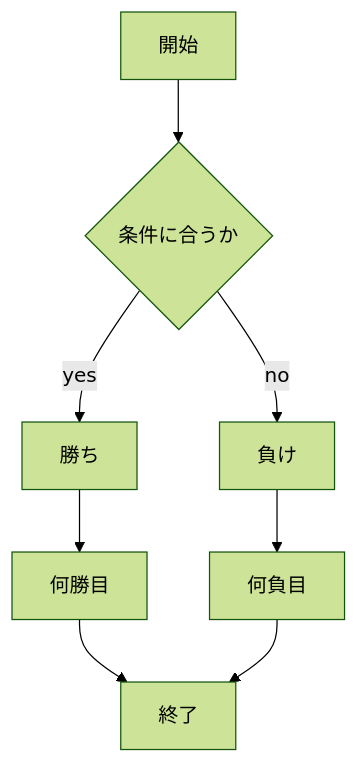
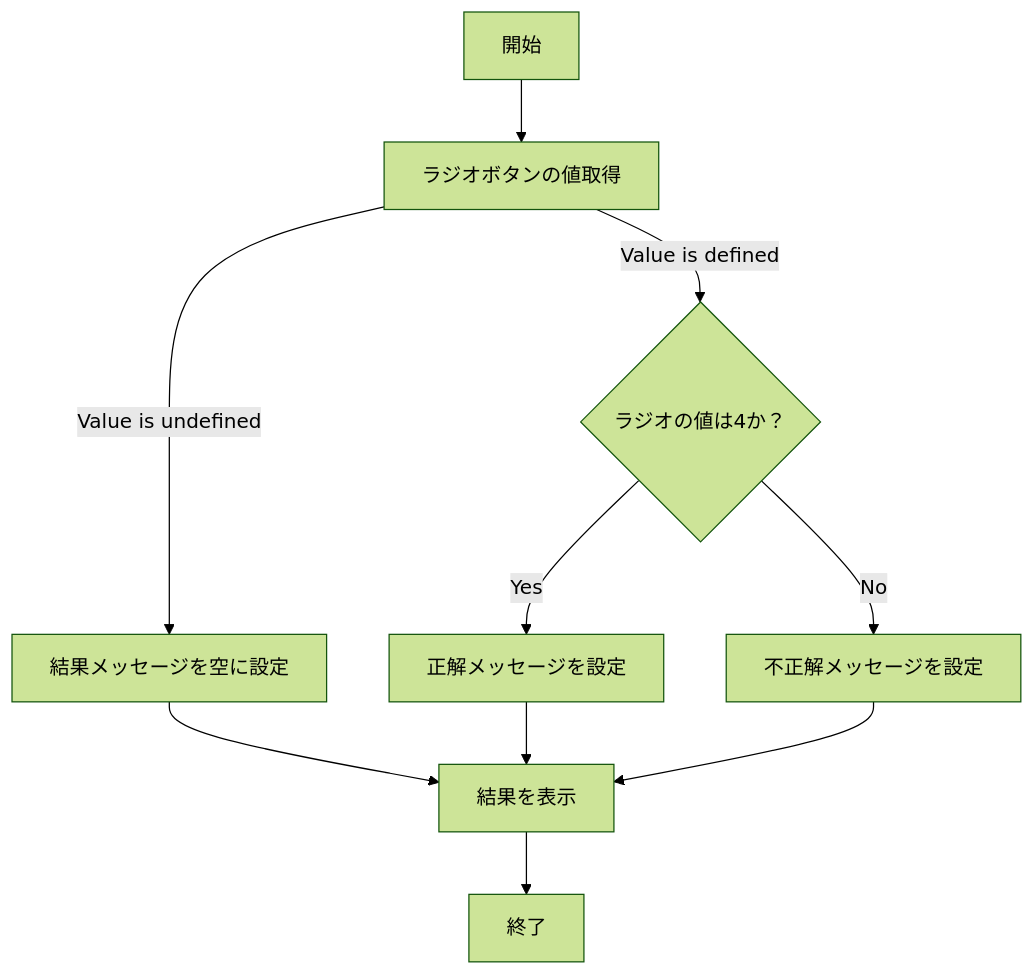
The sixth of 8 diagrams in README.md (24G1100/webpro_06), drawn with Mermaid (forest theme) before and after one commit. The commit also changed other lines of this file and 5 other files, not shown here.

````diff
--- a/README.md
+++ b/README.md
@@ -28,19 +191,25 @@
 ```mermaid
 flowchart TD;
 
 start["開始"];
-end1["終了"]
-if{"条件に合うか"}
-win["勝ち"]
-win+1["何勝目"]
-loose["負け"]
-loose+1["何負目"]
+getRadio["ラジオボタンの値取得"];
+setEmptyMessage["結果メッセージを空に設定"];
+checkRadio{"ラジオの値は4か？"};
+setCorrectMessage["正解メッセージを設定"];
+setIncorrectMessage["不正解メッセージを設定"];
+displayResult["結果を表示"];
+end1["終了"];
 
-start --> if
-if -->|yes| win
-win --> win+1
-win+1 -->end1
-if -->|no| loose
-loose --> loose+1
-loose+1 --> end1
+start --> getRadio;
+getRadio -->|Value is undefined| setEmptyMessage;
+getRadio -->|Value is defined| checkRadio;
+
+checkRadio -->|Yes| setCorrectMessage;
+checkRadio -->|No| setIncorrectMessage;
+
+setEmptyMessage --> displayResult;
+setCorrectMessage --> displayResult;
+setIncorrectMessage --> displayResult;
+
+displayResult --> end1;
 ```
````
